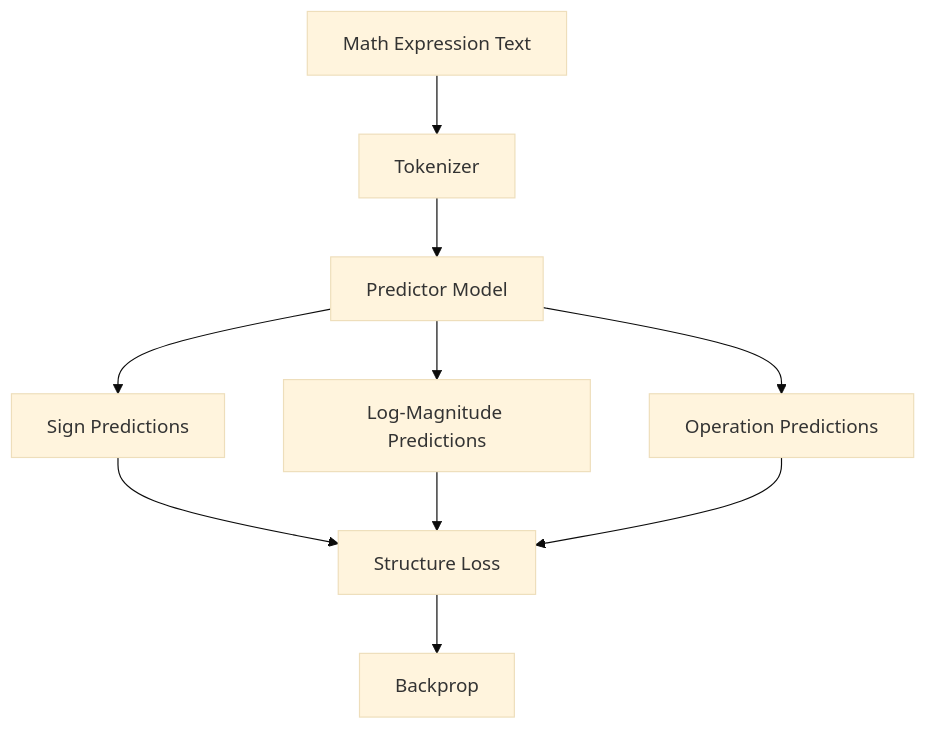
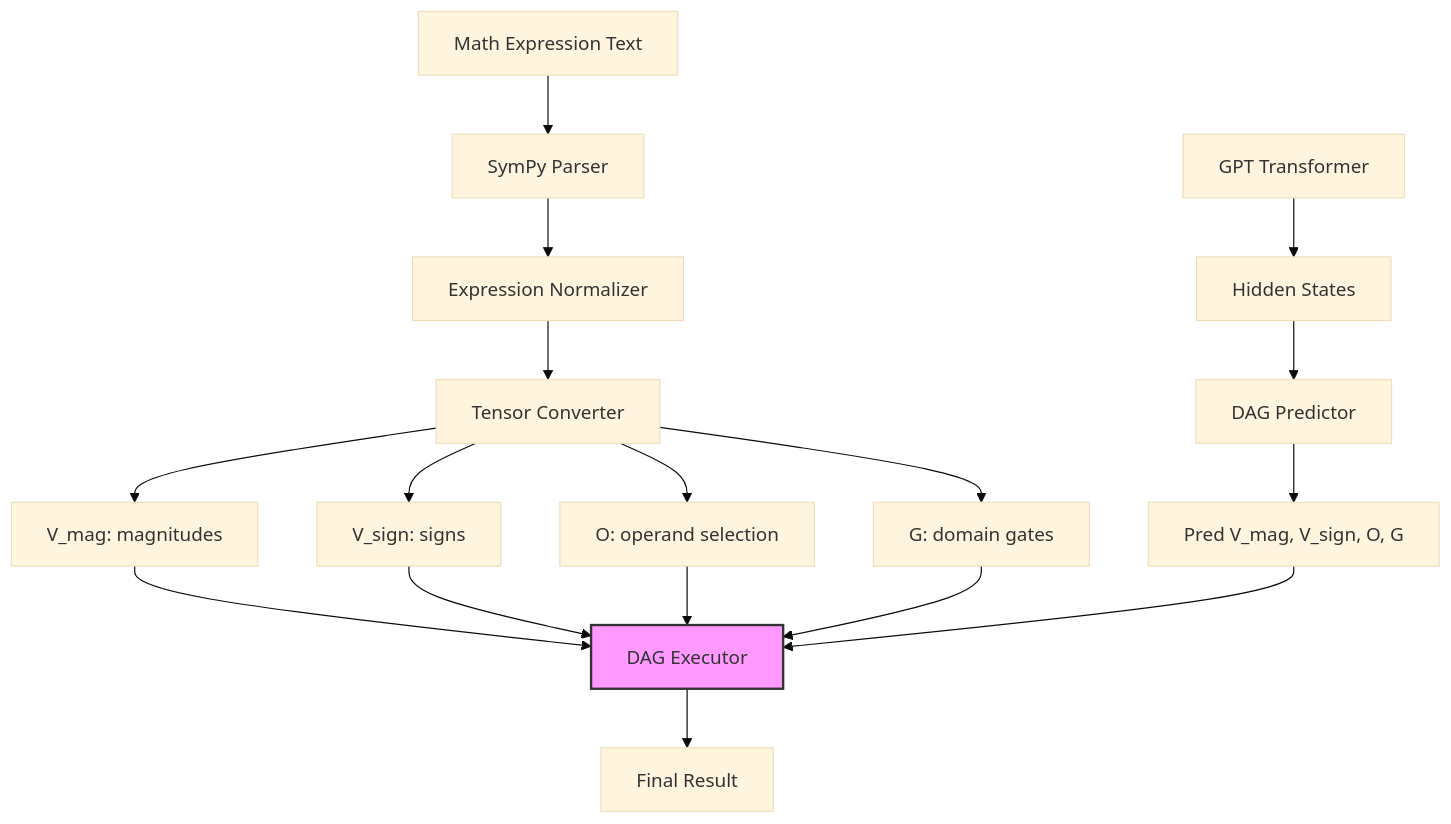
The diagram in README.md (marict/nanoGPT-llm-extraction), drawn with Mermaid (base theme) before and after one commit. The commit also changed other lines of this file and 19 other files, not shown here.

Commit message:
Update README and refactor code: Simplified README structure, improved DAG module description, and removed unused dependencies and tests.

````diff
--- a/README.md
+++ b/README.md
@@ -38,13 +57,23 @@
 ```mermaid
 flowchart TD
-    A[Math Expression Text] --> B[Tokenizer]
-    B --> C[Predictor Model]
-    C --> D[Sign Predictions]
-    C --> E[Log-Magnitude Predictions]  
-    C --> F[Operation Predictions]
+    A[Math Expression Text] --> B[SymPy Parser]
+    B --> C[Expression Normalizer]
+    C --> D[Tensor Converter]
+    D --> E[V_mag: magnitudes]
+    D --> F[V_sign: signs]
+    D --> G[O: operand selection]
+    D --> H[G: domain gates]
     
-    D --> G[Structure Loss]
-    E --> G
-    F --> G
-    G --> H[Backprop]
+    I[GPT Transformer] --> J[Hidden States]
+    J --> K[DAG Predictor]
+    K --> L[Pred V_mag, V_sign, O, G]
+    
+    E --> M[DAG Executor]
+    F --> M
+    G --> M
+    H --> M
+    L --> M
+    M --> N[Final Result]
+    
+    style M fill:#f9f,stroke:#333,stroke-width:2px
 ```
````
